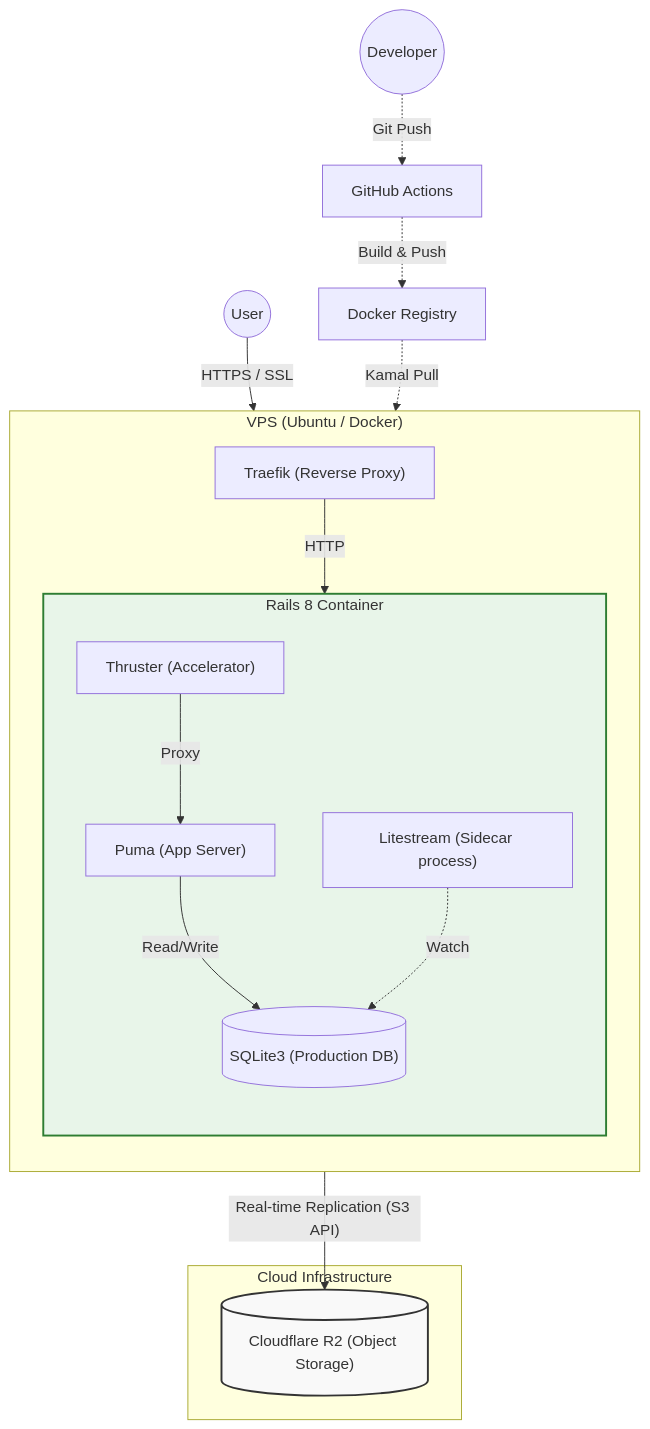
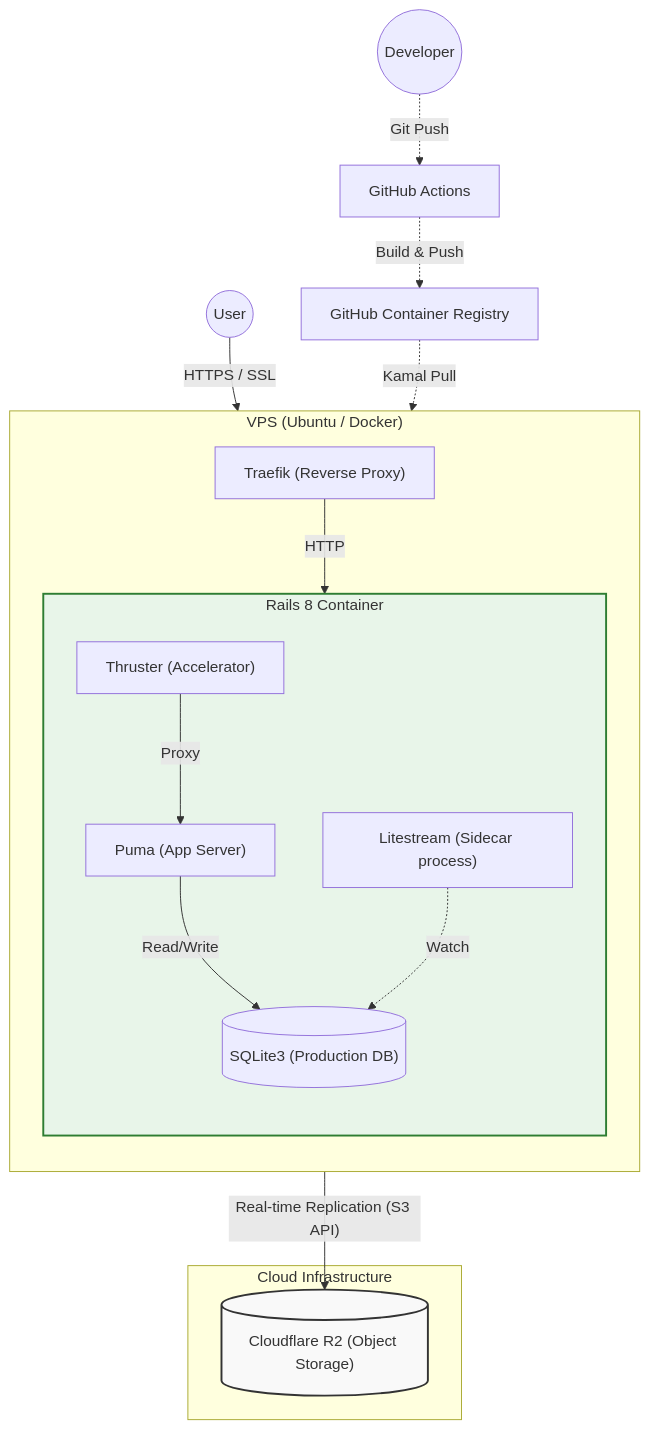
One commit to php8-study/php8-study-app changed the second of 2 diagrams in README.md. Above: the diagram before and after it, drawn with Mermaid.

Commit message:
readmeを更新

````diff
--- a/README.md
+++ b/README.md
@@ -180,34 +180,34 @@
 ```mermaid
 graph TD
     classDef cloud fill:#f9f9f9,stroke:#333,stroke-width:2px;
     classDef storage fill:#e1f5fe,stroke:#0277bd,stroke-width:2px;
     classDef app fill:#e8f5e9,stroke:#2e7d32,stroke-width:2px;
 
     User((User)) -->|"HTTPS / SSL"| Traefik
 
     subgraph VPS ["VPS (Ubuntu / Docker)"]
         direction TB
         Traefik["Traefik (Reverse Proxy)"] -->|HTTP| Thruster
 
         subgraph AppContainer ["Rails 8 Container"]
             direction TB
             Thruster["Thruster (Accelerator)"] -->|Proxy| Puma["Puma (App Server)"]
             Puma -->|"Read/Write"| SQLite[("SQLite3 (Production DB)")]
-            
+
             Litestream["Litestream (Sidecar process)"] -.->|Watch| SQLite
         end
     end
 
     subgraph Cloud ["Cloud Infrastructure"]
         R2[("Cloudflare R2 (Object Storage)")]:::storage
     end
 
     Litestream -->|"Real-time Replication (S3 API)"| R2
 
     Dev((Developer)) -.->|"Git Push"| GitHub["GitHub Actions"]
-    GitHub -.->|"Build & Push"| Registry["Docker Registry"]
+    GitHub -.->|"Build & Push"| Registry["GitHub Container Registry"]
     Registry -.->|"Kamal Pull"| VPS
 
     class R2 cloud
     class AppContainer app
 ```
````
